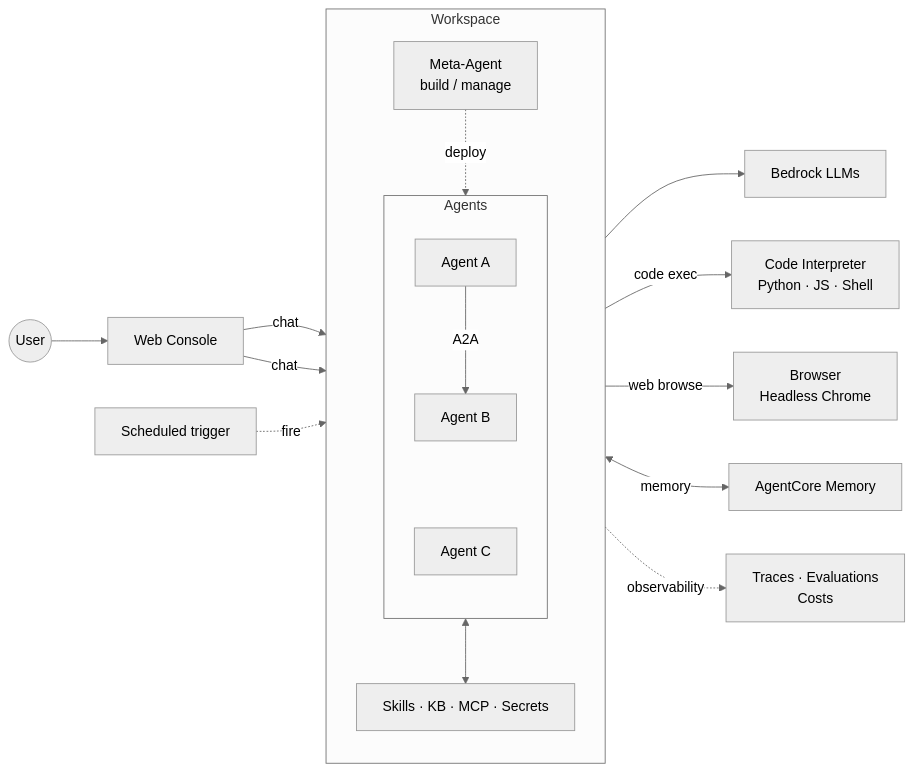
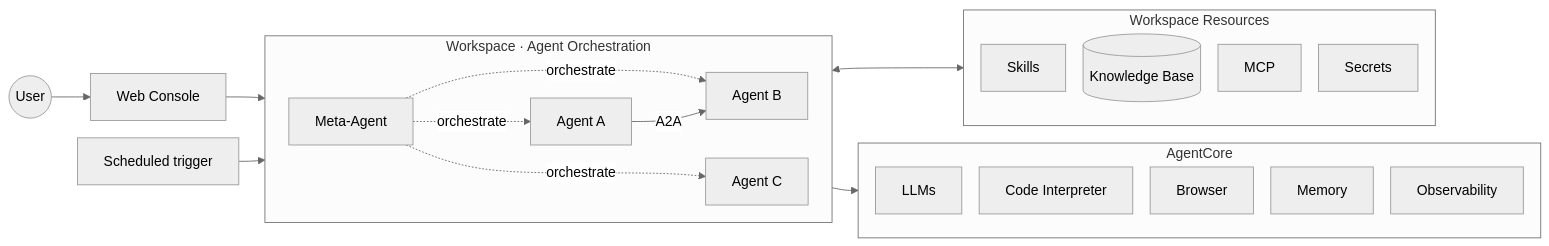
The second of 2 diagrams in README.md (ddpie/agent-studio), drawn with Mermaid (neutral theme) before and after one commit. The commit also changed other lines of this file, not shown here.

Commit message:
docs(readme): redesign architecture diagram with compact horizontal layout
Replace verbose graph LR diagram with flowchart using community best
practices: init config for tight nodeSpacing/rankSpacing, three
subgraphs side-by-side (Workspace · Agent Orchestration | Workspace
Resources | AgentCore), subgraph-level edges to avoid direction
invalidation, invisible links for alignment.

````diff
--- a/README.md
+++ b/README.md
@@ -215,27 +222,34 @@
 ```mermaid
-graph LR
+%%{init: {'flowchart': {'nodeSpacing': 20, 'rankSpacing': 30}} }%%
+flowchart LR
     User((User)) --> Web[Web Console]
-    Cron[Scheduled trigger]
+    Web & Cron[Scheduled trigger] --> WS
 
-    subgraph Workspace
-        direction TB
-        Meta[Meta-Agent<br/>build / manage]
-        subgraph Agents
-            direction TB
-            A1[Agent A] -->|A2A| A2[Agent B]
-            A2 ~~~ A3[Agent C]
-        end
-        Res[Skills · KB · MCP · Secrets]
+    subgraph WS["Workspace · Agent Orchestration"]
+        direction LR
+        Meta[Meta-Agent] -.orchestrate.-> A1 & A2 & A3
+        A1[Agent A] -->|A2A| A2[Agent B]
+        A3[Agent C]
+        A1 ~~~ A3
     end
 
-    Web -->|chat| Meta
-    Web -->|chat| Agents
-    Meta -.deploy.-> Agents
-    Cron -.fire.-> Agents
-    Agents --> LLM[Bedrock LLMs]
-    Agents <--> Res
-    Agents -->|code exec| CI[Code Interpreter<br/>Python · JS · Shell]
-    Agents -->|web browse| BW[Browser<br/>Headless Chrome]
-    Agents <-->|memory| Mem[AgentCore Memory]
-    Agents -.observability.-> Obs[Traces · Evaluations<br/>Costs]
+    subgraph Res["Workspace Resources"]
+        direction TB
+        S[Skills]
+        K[(Knowledge Base)]
+        M[MCP]
+        Se[Secrets]
+    end
+
+    subgraph AC[AgentCore]
+        direction TB
+        L[LLMs]
+        CI[Code Interpreter]
+        B[Browser]
+        Me[Memory]
+        O[Observability]
+    end
+
+    WS <--> Res
+    WS --> AC
 ```
````
